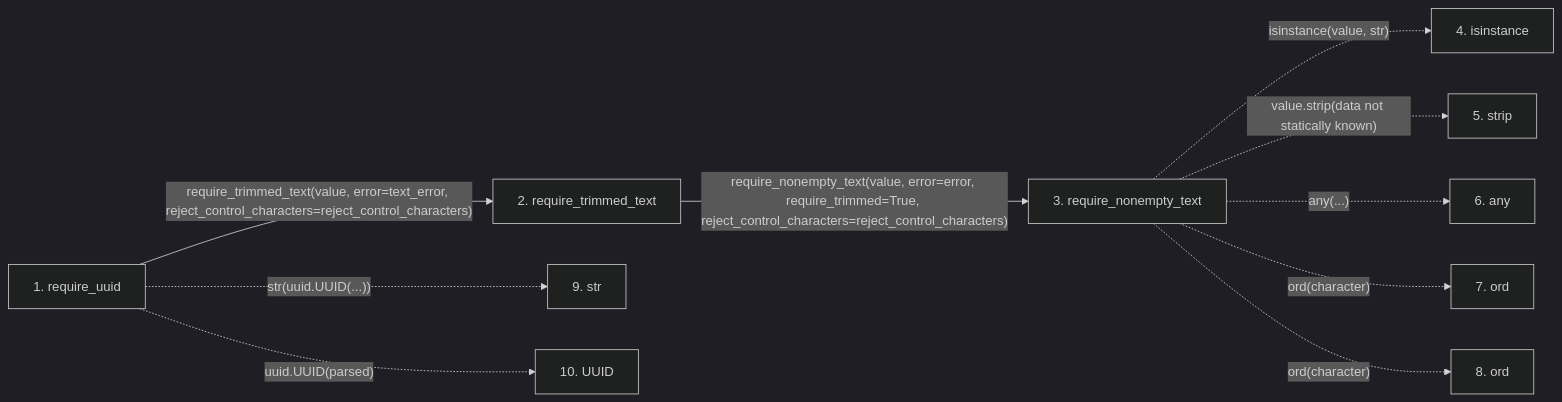
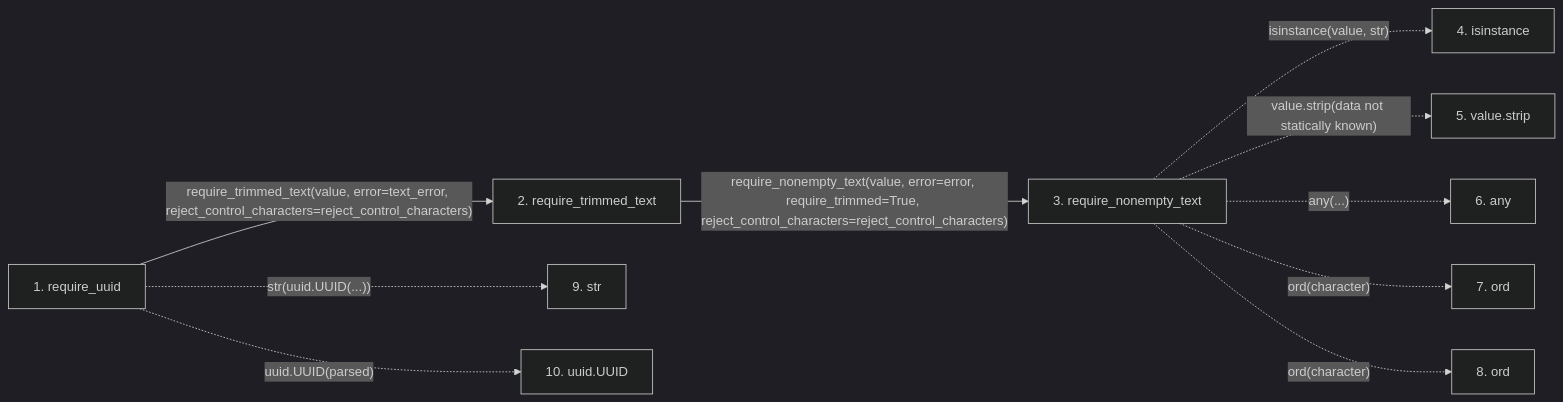
The second of 2 diagrams in docs/llm_wiki/flows/api-require_uuid.md (Denissvgn/python-wiki-llm), drawn with Mermaid (dark theme) before and after one commit. The commit also changed other lines of this file and 719 other files, not shown here.

````diff
--- a/docs/llm_wiki/flows/api-require_uuid.md
+++ b/docs/llm_wiki/flows/api-require_uuid.md
@@ -35,25 +35,25 @@
 ```mermaid
 flowchart LR
     s1["1. require_uuid"]
     s2["2. require_trimmed_text"]
     s3["3. require_nonempty_text"]
     s4["4. isinstance"]
-    s5["5. strip"]
+    s5["5. value.strip"]
     s6["6. any"]
     s7["7. ord"]
     s8["8. ord"]
     s9["9. str"]
-    s10["10. UUID"]
+    s10["10. uuid.UUID"]
     s1 -->|"require_trimmed_text(value, error=text_error, reject_control_characters=reject_control_characters)"| s2
     s2 -->|"require_nonempty_text(value, error=error, require_trimmed=True, reject_control_characters=reject_control_characters)"| s3
     s3 -. "isinstance(value, str)" .-> s4
     s3 -. "value.strip(data not statically known)" .-> s5
     s3 -. "any(...)" .-> s6
     s3 -. "ord(character)" .-> s7
     s3 -. "ord(character)" .-> s8
     s1 -. "str(uuid.UUID(...))" .-> s9
     s1 -. "uuid.UUID(parsed)" .-> s10
     click s1 "../modules/validation.md"
     click s2 "../modules/validation.md"
     click s3 "../modules/validation.md"
 ```
````
